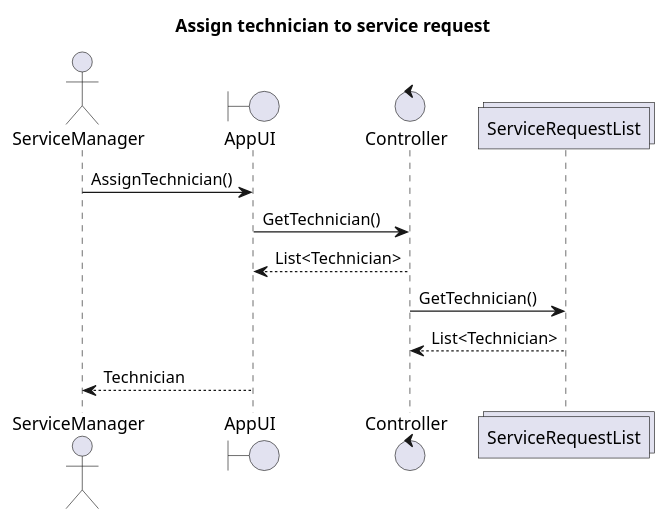
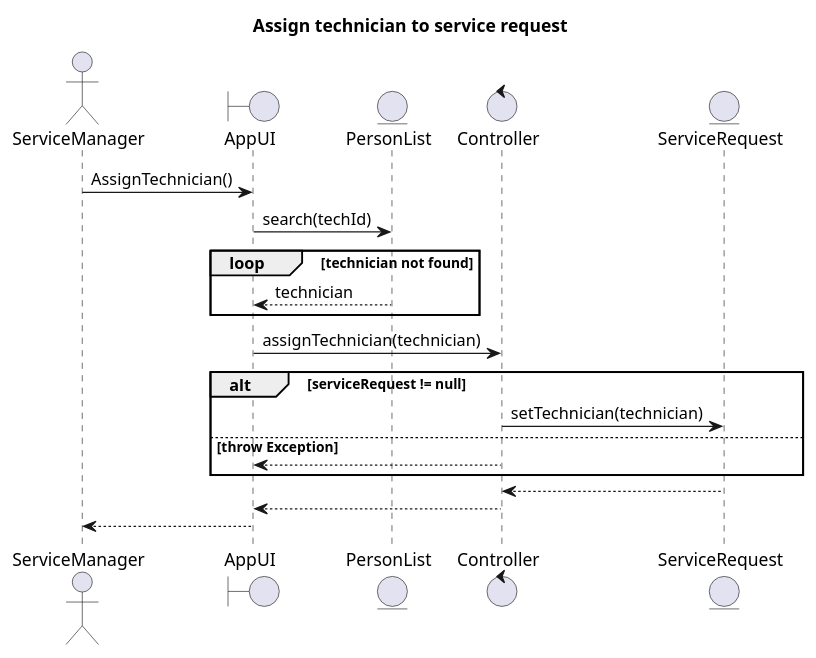
One commit to WLun001/service-request-app changed the diagram in UML/SequenceDiagram/AssignTechnician.puml. Above: the diagram before and after it, drawn with PlantUML. The commit also changed 1 other file, not shown here.

Commit message:
edited sequence diagram

```diff
--- a/UML/SequenceDiagram/AssignTechnician.puml
+++ b/UML/SequenceDiagram/AssignTechnician.puml
@@ -1,27 +1,28 @@
 @startuml
 title Assign technician to service request
 Actor ServiceManager
 Boundary AppUI
+Entity PersonList
 Control Controller
-Collections ServiceRequestList
+Entity ServiceRequest
+
 ServiceManager -> AppUI: AssignTechnician()
+AppUI -> PersonList : search(techId)
+loop technician not found
+    PersonList --> AppUI : technician
+end
+AppUI -> Controller : assignTechnician(technician)
+alt serviceRequest != null
+    Controller -> ServiceRequest : setTechnician(technician)
+else throw Exception
+    Controller --> AppUI
+end
+ServiceRequest --> Controller
+Controller --> AppUI
+AppUI --> ServiceManager
 
-AppUI -> Controller: GetTechnician()
-AppUI <-- Controller: List<Technician>
-Controller -> ServiceRequestList: GetTechnician()
-Controller <-- ServiceRequestList: List<Technician>
-'loop not found
-'    AppUI -> Controller : searchServiceRequest(requestId)
-'    AppController -> ServiceRequestList : search(requestId)
-'    alt request found
-'        ServiceRequestList --> Controller : request
-'        Controller --> AppUI : success
-'    else request not found
-'        ServiceRequestList --> Controller : Error("Service request not found")
-'        Controller --> AppUI : error
-'    end
-'end
-ServiceManager <-- AppUI: Technician
+
+
 
 
 @enduml
```
